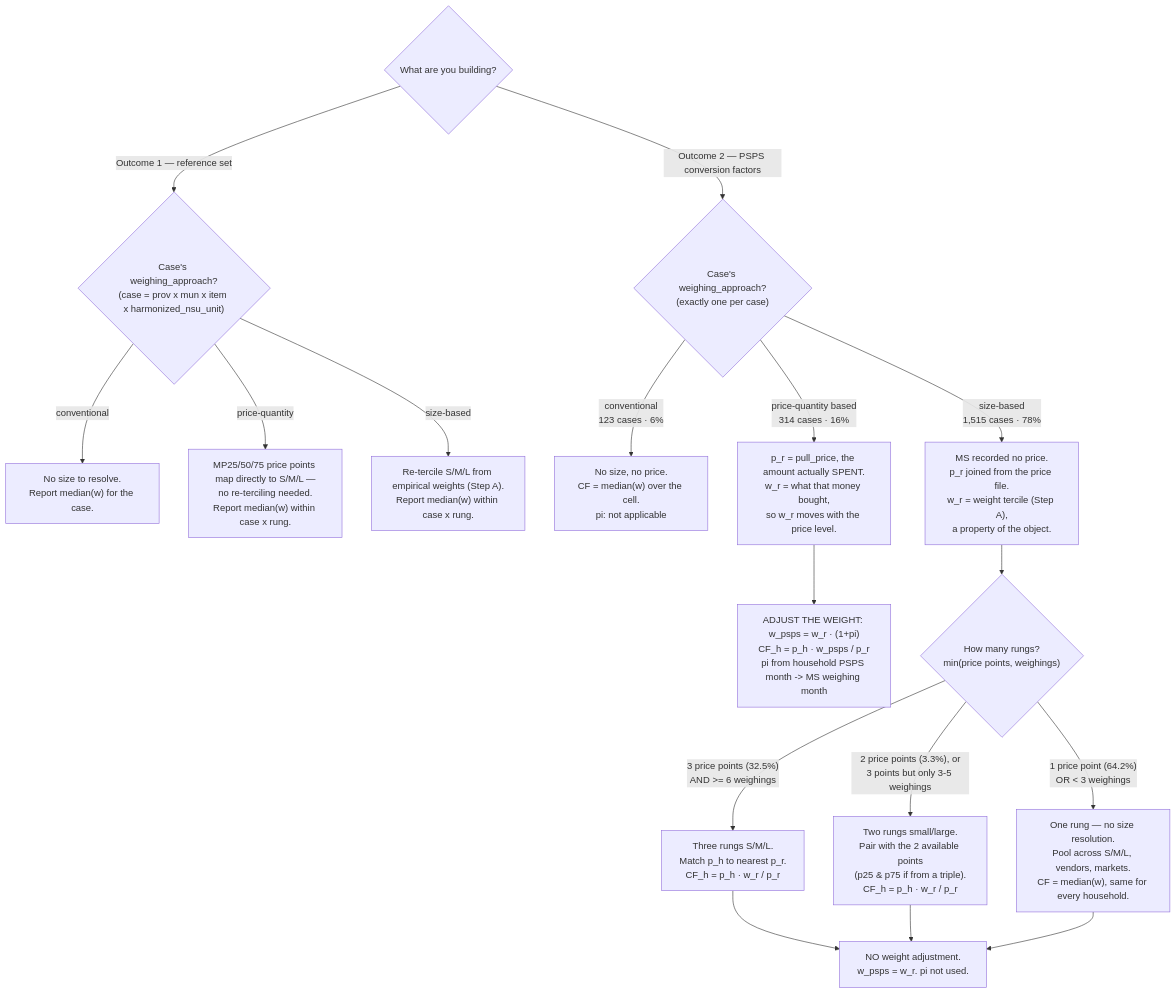
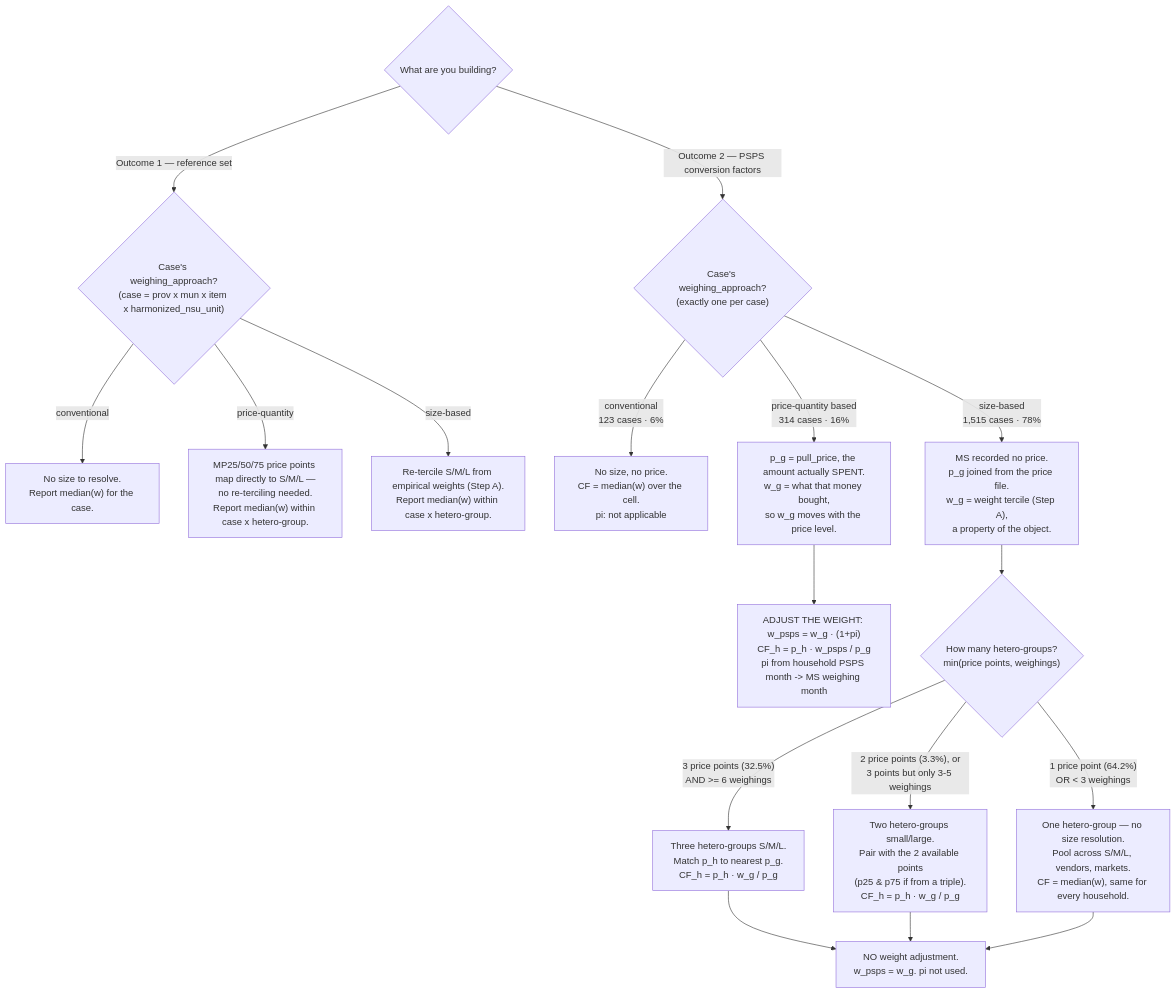
One commit to Shineyang03/nsu-market-survey-cleaning changed the first of 2 diagrams in docs/conversion_factor_methodology.md. Above: the diagram before and after it, drawn with Mermaid. The commit also changed other lines of this file and 3 other files, not shown here.

First line of the commit message:
Rename "rung" to hetero-group throughout the docs

````diff
--- a/docs/conversion_factor_methodology.md
+++ b/docs/conversion_factor_methodology.md
@@ -37,27 +37,27 @@
 ```mermaid
 flowchart TD
     G{"What are you building?"}
     G -->|"Outcome 1 — reference set"| WA1{"Case's weighing_approach?<br/>(case = prov x mun x item x harmonized_nsu_unit)"}
 
     WA1 -->|"conventional"| OC["No size to resolve.<br/>Report median(w) for the case."]
-    WA1 -->|"price-quantity"| OP["MP25/50/75 price points map directly to S/M/L —<br/>no re-terciling needed.<br/>Report median(w) within case x rung."]
-    WA1 -->|"size-based"| OS["Re-tercile S/M/L from empirical weights (Step A).<br/>Report median(w) within case x rung."]
+    WA1 -->|"price-quantity"| OP["MP25/50/75 price points map directly to S/M/L —<br/>no re-terciling needed.<br/>Report median(w) within case x hetero-group."]
+    WA1 -->|"size-based"| OS["Re-tercile S/M/L from empirical weights (Step A).<br/>Report median(w) within case x hetero-group."]
 
     G -->|"Outcome 2 — PSPS conversion factors"| WA{"Case's weighing_approach?<br/>(exactly one per case)"}
 
     WA -->|"conventional<br/>123 cases · 6%"| C1["No size, no price.<br/>CF = median(w) over the cell.<br/>pi: not applicable"]
 
-    WA -->|"price-quantity based<br/>314 cases · 16%"| P1["p_r = pull_price, the amount actually SPENT.<br/>w_r = what that money bought,<br/>so w_r moves with the price level."]
-    P1 --> P2["ADJUST THE WEIGHT: w_psps = w_r · (1+pi)<br/>CF_h = p_h · w_psps / p_r<br/>pi from household PSPS month -> MS weighing month"]
+    WA -->|"price-quantity based<br/>314 cases · 16%"| P1["p_g = pull_price, the amount actually SPENT.<br/>w_g = what that money bought,<br/>so w_g moves with the price level."]
+    P1 --> P2["ADJUST THE WEIGHT: w_psps = w_g · (1+pi)<br/>CF_h = p_h · w_psps / p_g<br/>pi from household PSPS month -> MS weighing month"]
 
-    WA -->|"size-based<br/>1,515 cases · 78%"| S1["MS recorded no price.<br/>p_r joined from the price file.<br/>w_r = weight tercile (Step A),<br/>a property of the object."]
-    S1 --> S2{"How many rungs?<br/>min(price points, weighings)"}
+    WA -->|"size-based<br/>1,515 cases · 78%"| S1["MS recorded no price.<br/>p_g joined from the price file.<br/>w_g = weight tercile (Step A),<br/>a property of the object."]
+    S1 --> S2{"How many hetero-groups?<br/>min(price points, weighings)"}
 
-    S2 -->|"3 price points (32.5%)<br/>AND >= 6 weighings"| R3["Three rungs S/M/L.<br/>Match p_h to nearest p_r.<br/>CF_h = p_h · w_r / p_r"]
-    S2 -->|"2 price points (3.3%), or<br/>3 points but only 3-5 weighings"| R2["Two rungs small/large.<br/>Pair with the 2 available points<br/>(p25 & p75 if from a triple).<br/>CF_h = p_h · w_r / p_r"]
-    S2 -->|"1 price point (64.2%)<br/>OR < 3 weighings"| R1["One rung — no size resolution.<br/>Pool across S/M/L, vendors, markets.<br/>CF = median(w), same for every household."]
+    S2 -->|"3 price points (32.5%)<br/>AND >= 6 weighings"| R3["Three hetero-groups S/M/L.<br/>Match p_h to nearest p_g.<br/>CF_h = p_h · w_g / p_g"]
+    S2 -->|"2 price points (3.3%), or<br/>3 points but only 3-5 weighings"| R2["Two hetero-groups small/large.<br/>Pair with the 2 available points<br/>(p25 & p75 if from a triple).<br/>CF_h = p_h · w_g / p_g"]
+    S2 -->|"1 price point (64.2%)<br/>OR < 3 weighings"| R1["One hetero-group — no size resolution.<br/>Pool across S/M/L, vendors, markets.<br/>CF = median(w), same for every household."]
 
-    R3 --> PI["NO weight adjustment.<br/>w_psps = w_r. pi not used."]
+    R3 --> PI["NO weight adjustment.<br/>w_psps = w_g. pi not used."]
     R2 --> PI
     R1 --> PI
 ```
````
